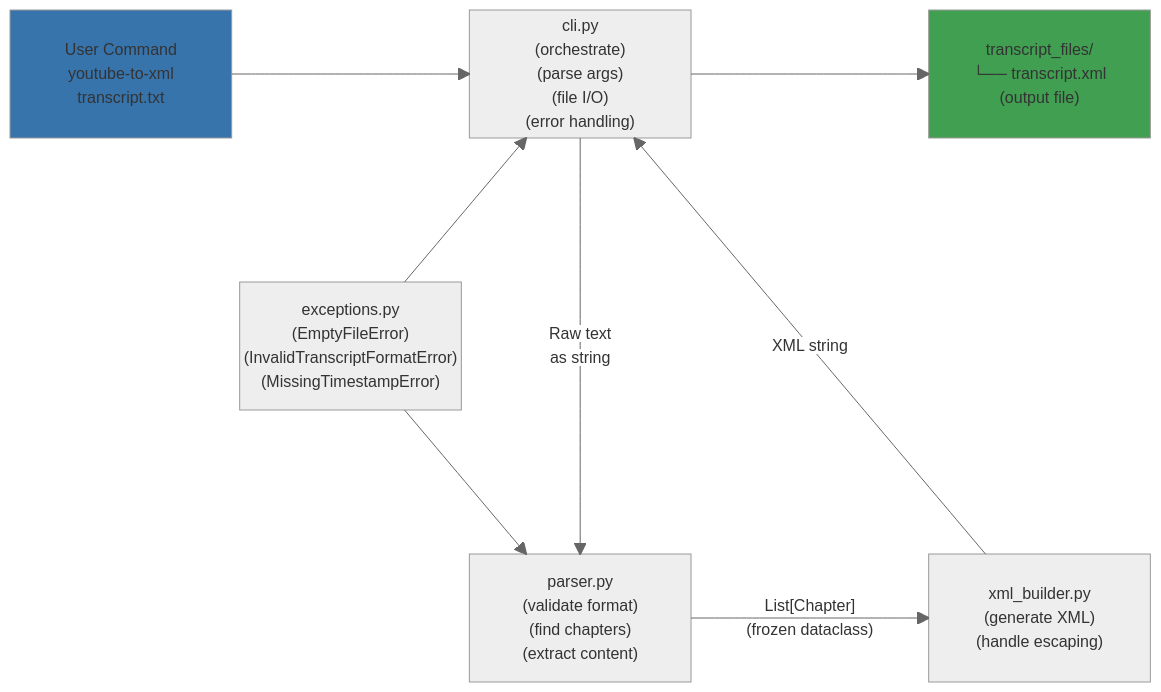
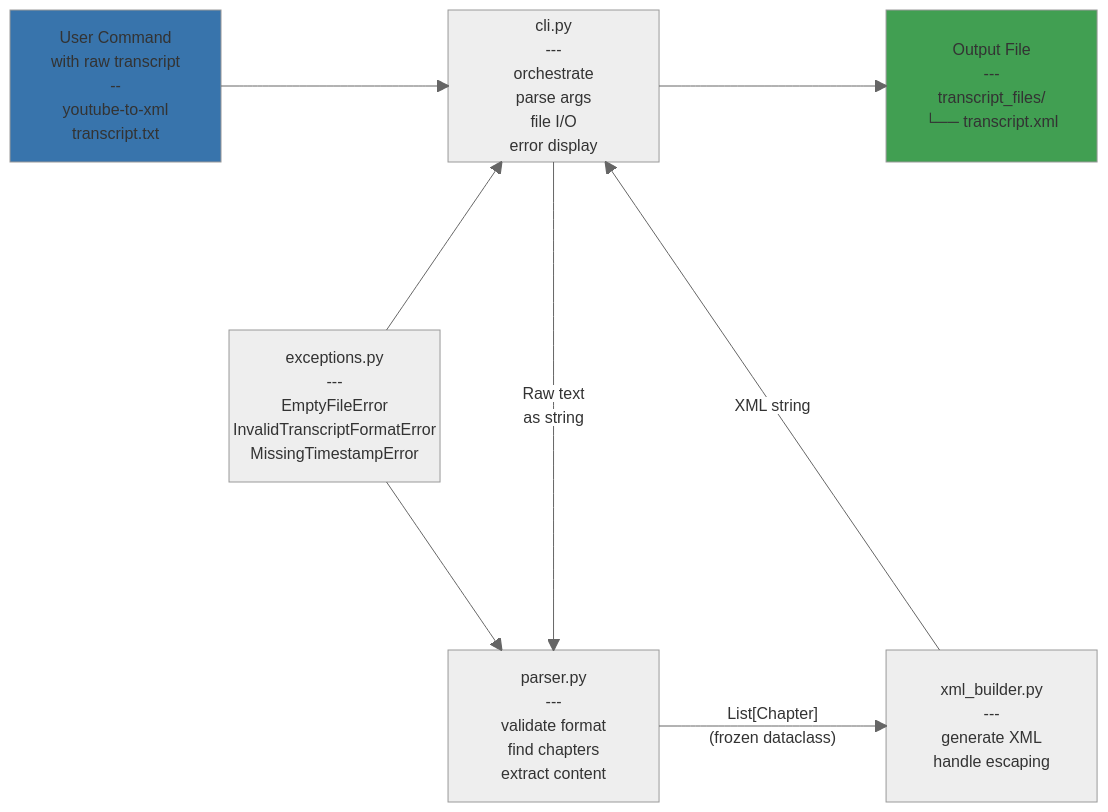
One commit to michellepace/markdown-pretty-app changed the eighth of 8 diagrams in test-mermaid.md. Above: the diagram before and after it, drawn with Mermaid. The commit also changed other lines of this file, not shown here.

````diff
--- a/test-mermaid.md
+++ b/test-mermaid.md
@@ -238,24 +238,24 @@
 ```mermaid
 ---
 config:
   theme: neutral
 ---
 block-beta
     columns 5
-    CLI["User Command\nyoutube-to-xml\ntranscript.txt"] space CLIMOD["cli.py\n(orchestrate)\n(parse args)\n(file I/O)\n(error handling)"] space OUTPUT["transcript_files/\n└── transcript.xml\n(output file)"]
+    CLI["User Command\nwith raw transcript\n--\nyoutube-to-xml\ntranscript.txt"] space CLIMOD["cli.py\n---\norchestrate\nparse args\nfile I/O\nerror display"] space OUTPUT["Output File\n---\ntranscript_files/\n└── transcript.xml"]
     space space space space space
-    space EXCEPTION["exceptions.py\n(EmptyFileError)\n(InvalidTranscriptFormatError)\n(MissingTimestampError)"] space space space
+    space EXCEPTION["exceptions.py\n---\nEmptyFileError\nInvalidTranscriptFormatError\nMissingTimestampError"] space space space
     space space space space space
-    space space PARSER["parser.py\n(validate format)\n(find chapters)\n(extract content)"] space XMLBUILDER["xml_builder.py\n(generate XML)\n(handle escaping)"]
+    space space PARSER["parser.py\n---\nvalidate format\nfind chapters\nextract content"] space XMLBUILDER["xml_builder.py\n---\ngenerate XML\nhandle escaping"]
 
     CLI --> CLIMOD
     CLIMOD -- "Raw text<br>as string" --> PARSER
     PARSER -- "List[Chapter]<br>(frozen dataclass)" --> XMLBUILDER
     XMLBUILDER -- "XML string" --> CLIMOD
     CLIMOD --> OUTPUT
     EXCEPTION --> CLIMOD
     EXCEPTION --> PARSER
 
     style CLI color:#fff,fill:#3874ac
     style OUTPUT color:#fff,fill:#419f52
 ```
````
